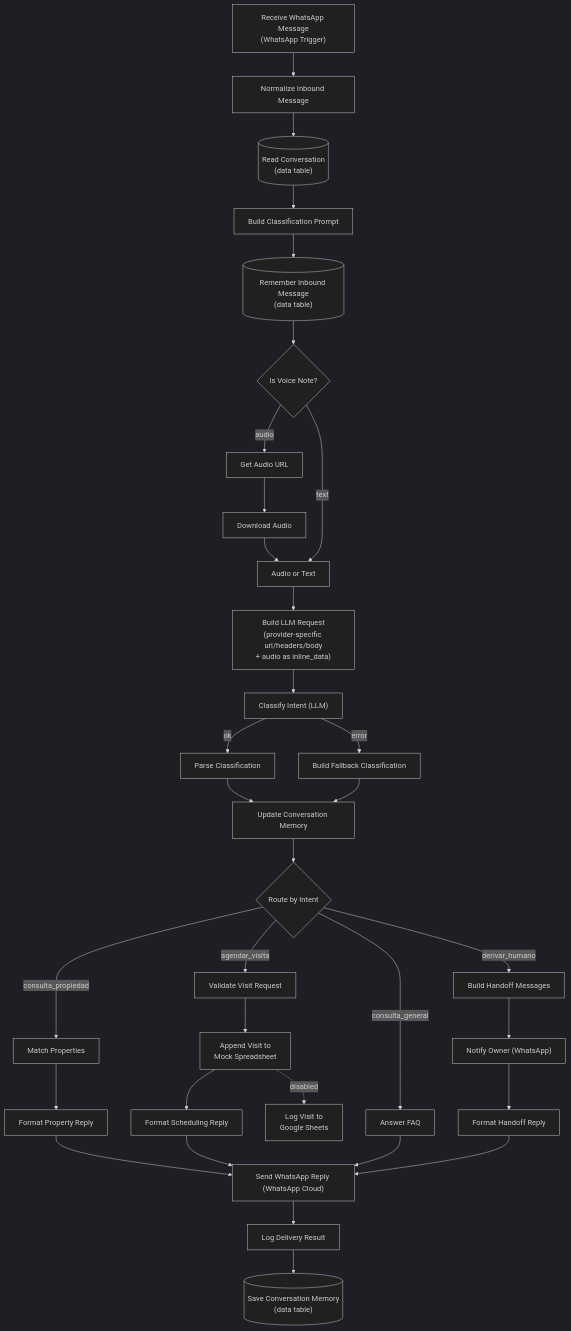
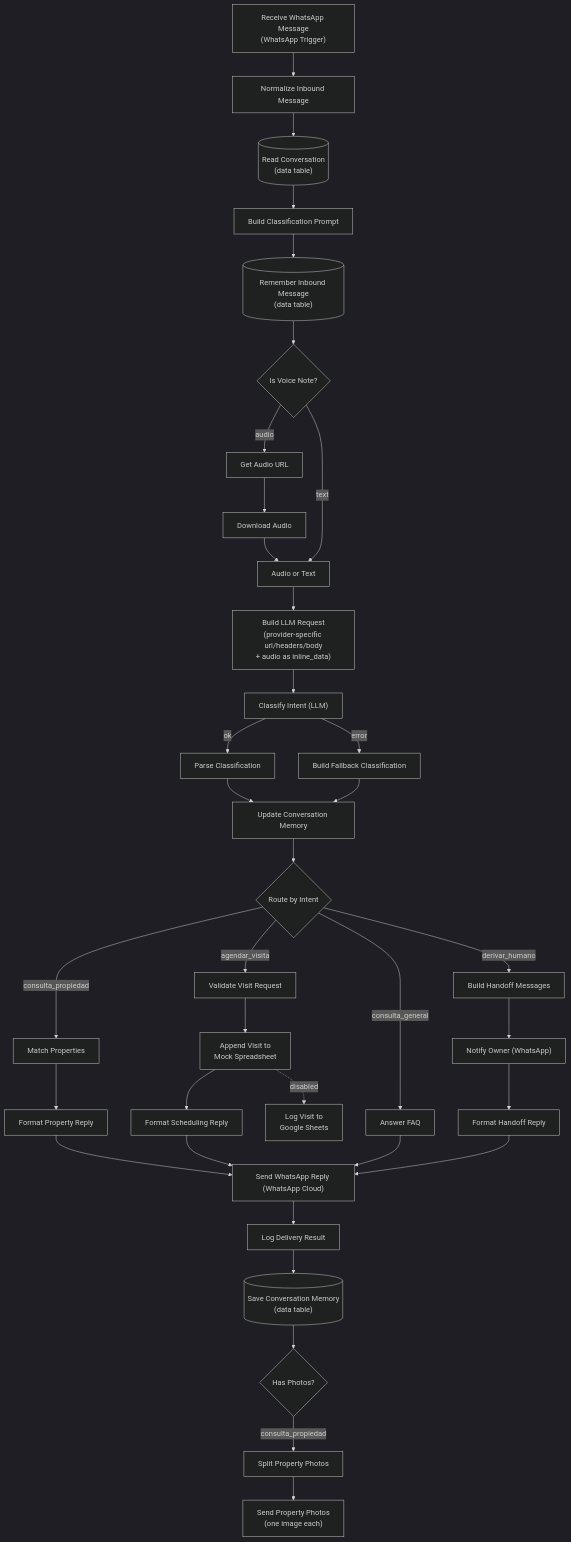
Before and after one commit to ignacionicola/automation-demos: the diagram in demos/01-whatsapp-agent/README.md, drawn with Mermaid (dark theme). The commit also changed other lines of this file and 5 other files, not shown here.

First line of the commit message:
Send a photo with every property, one message per listing

````diff
--- a/demos/01-whatsapp-agent/README.md
+++ b/demos/01-whatsapp-agent/README.md
@@ -29,40 +29,42 @@
 ```mermaid
 flowchart TD
     A["Receive WhatsApp Message<br/>(WhatsApp Trigger)"] --> B[Normalize Inbound Message]
     B --> MR[("Read Conversation<br/>(data table)")]
     MR --> C[Build Classification Prompt]
     C --> MW[("Remember Inbound Message<br/>(data table)")]
     MW --> V{Is Voice Note?}
     V -->|audio| V1[Get Audio URL] --> V2[Download Audio] --> VM[Audio or Text]
     V -->|text| VM
     VM --> C2["Build LLM Request<br/>(provider-specific url/headers/body<br/>+ audio as inline_data)"]
     C2 --> D["Classify Intent (LLM)"]
 
     D -->|ok| E[Parse Classification]
     D -->|error| F[Build Fallback Classification]
 
     E --> MU[Update Conversation Memory]
     F --> MU
     MU --> G{Route by Intent}
 
     G -->|consulta_propiedad| H[Match Properties]
     H --> I[Format Property Reply]
 
     G -->|agendar_visita| J[Validate Visit Request]
     J --> K["Append Visit to<br/>Mock Spreadsheet"]
     K --> L[Format Scheduling Reply]
     K -.disabled.-> M["Log Visit to<br/>Google Sheets"]
 
     G -->|consulta_general| N[Answer FAQ]
 
     G -->|derivar_humano| O[Build Handoff Messages]
     O --> P["Notify Owner (WhatsApp)"]
     P --> Q[Format Handoff Reply]
 
     I --> R["Send WhatsApp Reply (WhatsApp Cloud)"]
     L --> R
     N --> R
     Q --> R
     R --> S[Log Delivery Result]
     S --> MS[("Save Conversation Memory<br/>(data table)")]
+    MS --> PH{Has Photos?}
+    PH -->|consulta_propiedad| PH1[Split Property Photos] --> PH2["Send Property Photos<br/>(one image each)"]
 ```
````
